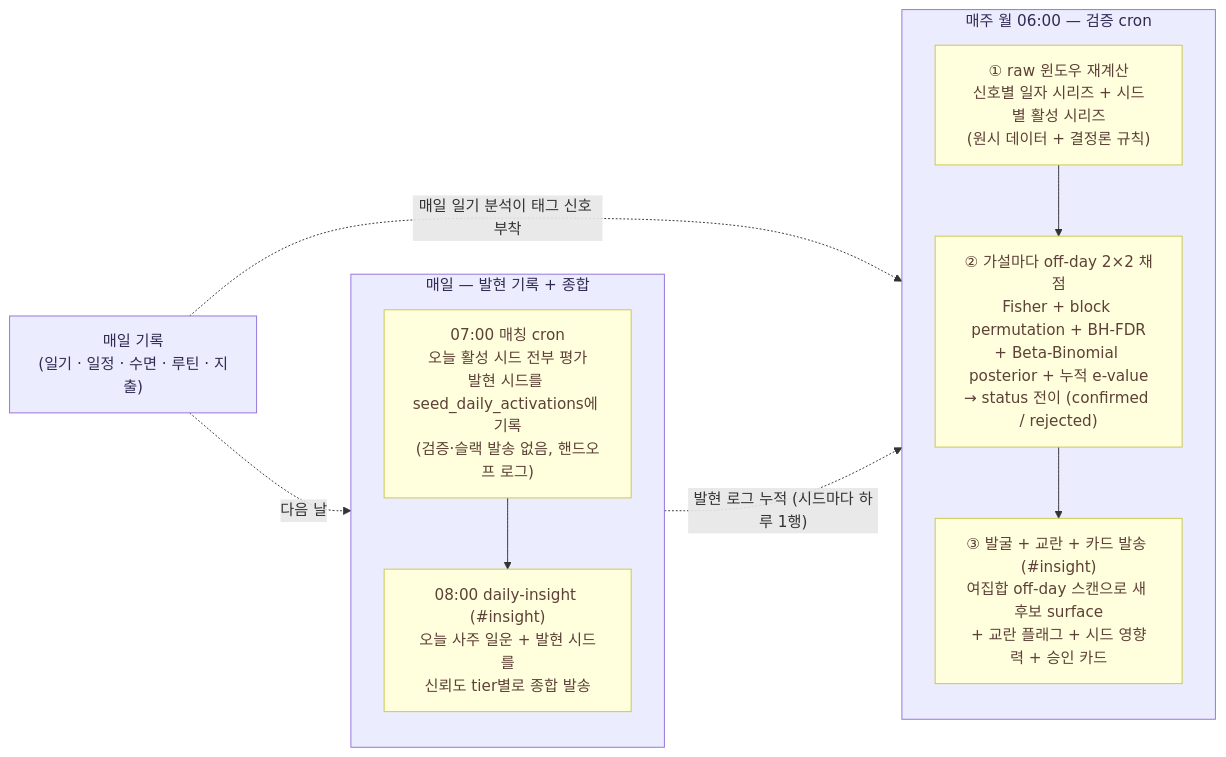
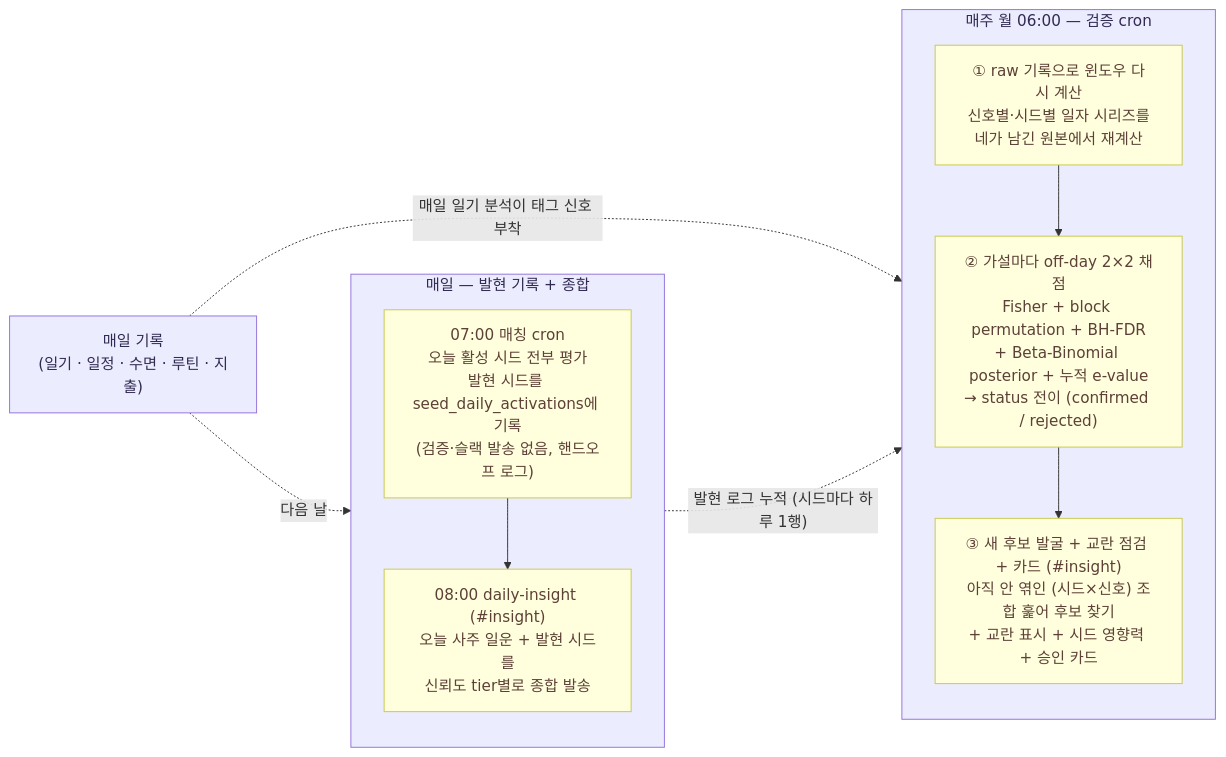
One commit to hyewon3938/slack-ai-agents changed the first of 8 diagrams in docs/explainers/insight-v2.md. Above: the diagram before and after it, drawn with Mermaid. The commit also changed other lines of this file, not shown here.

First line of the commit message:
docs(insight): explainer §1~6 2차 피드백 반영

````diff
--- a/docs/explainers/insight-v2.md
+++ b/docs/explainers/insight-v2.md
@@ -98,29 +98,29 @@
 ```mermaid
 flowchart LR
   REC["매일 기록<br/>(일기 · 일정 · 수면 · 루틴 · 지출)"]
 
   subgraph DAILY["매일 — 발현 기록 + 종합"]
     direction TB
     D1["07:00 매칭 cron<br/>오늘 활성 시드 전부 평가<br/>발현 시드를 seed_daily_activations에 기록<br/>(검증·슬랙 발송 없음, 핸드오프 로그)"]
     D2["08:00 daily-insight (#insight)<br/>오늘 사주 일운 + 발현 시드를<br/>신뢰도 tier별로 종합 발송"]
     D1 --> D2
   end
 
   subgraph WEEKLY["매주 월 06:00 — 검증 cron"]
     direction TB
-    W1["① raw 윈도우 재계산<br/>신호별 일자 시리즈 + 시드별 활성 시리즈<br/>(원시 데이터 + 결정론 규칙)"]
+    W1["① raw 기록으로 윈도우 다시 계산<br/>신호별·시드별 일자 시리즈를<br/>네가 남긴 원본에서 재계산"]
     W2["② 가설마다 off-day 2×2 채점<br/>Fisher + block permutation + BH-FDR<br/>+ Beta-Binomial posterior + 누적 e-value<br/>→ status 전이 (confirmed / rejected)"]
-    W3["③ 발굴 + 교란 + 카드 발송 (#insight)<br/>여집합 off-day 스캔으로 새 후보 surface<br/>+ 교란 플래그 + 시드 영향력 + 승인 카드"]
+    W3["③ 새 후보 발굴 + 교란 점검 + 카드 (#insight)<br/>아직 안 엮인 (시드×신호) 조합 훑어 후보 찾기<br/>+ 교란 표시 + 시드 영향력 + 승인 카드"]
     W1 --> W2 --> W3
   end
 
   REC -. 매일 일기 분석이 태그 신호 부착 .-> WEEKLY
   REC -. 다음 날 .-> DAILY
   DAILY -. "발현 로그 누적 (시드마다 하루 1행)" .-> WEEKLY
 
   classDef flowBox fill:#ECECFF,stroke:#9370DB,color:#312A52
   classDef flowInner fill:#FFFFDE,stroke:#C8C84E,color:#5D4037
   class REC flowBox
   class DAILY,WEEKLY flowBox
   class D1,D2,W1,W2,W3 flowInner
 ```
````
